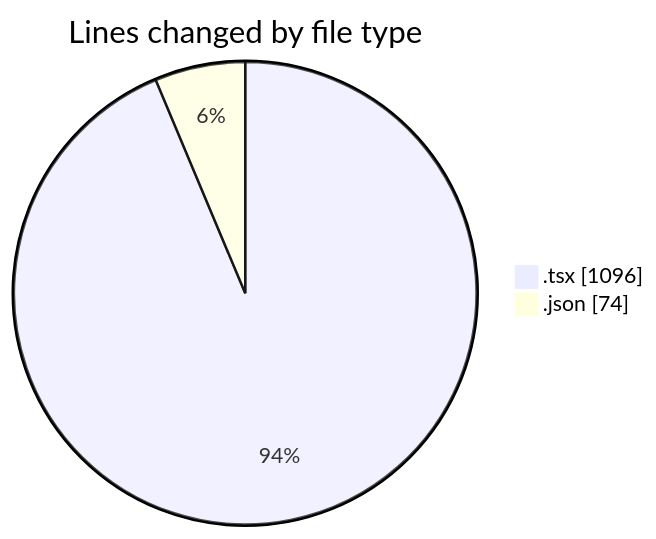
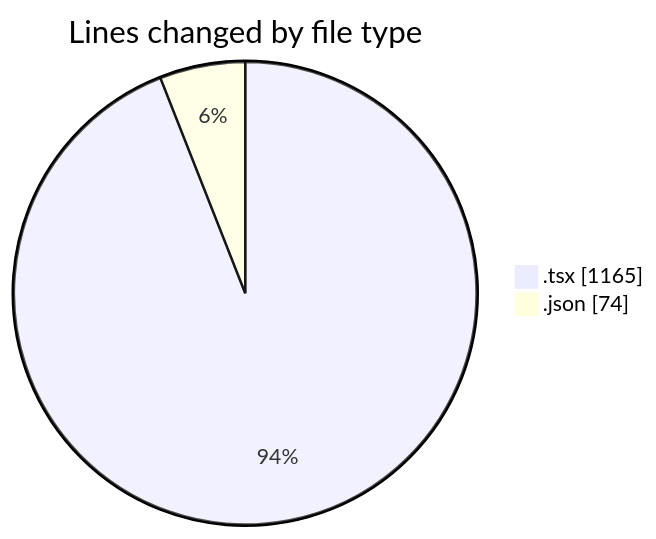
Before and after one commit to momahboobian/code-tracking: the first of 2 diagrams in 2025-04-08/cda/README.md, drawn with Mermaid. The commit also changed other lines of this file and 1 other file, not shown here.

````diff
--- a/2025-04-08/cda/README.md
+++ b/2025-04-08/cda/README.md
@@ -22,6 +22,6 @@
 ```mermaid
 pie showData
 title Lines changed by file type
-".tsx" : 1096
+".tsx" : 1165
 ".json" : 74
 ```
````
